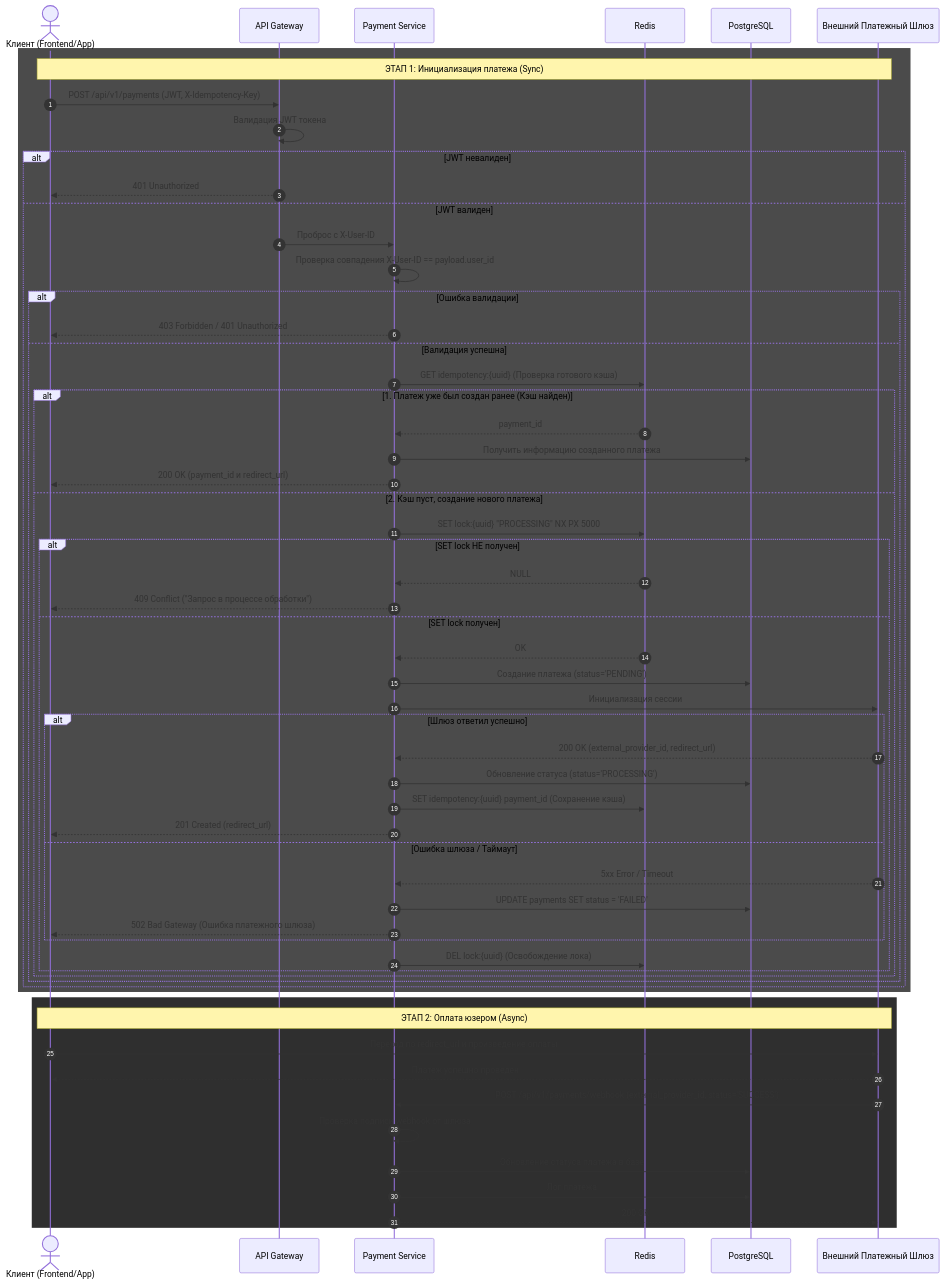
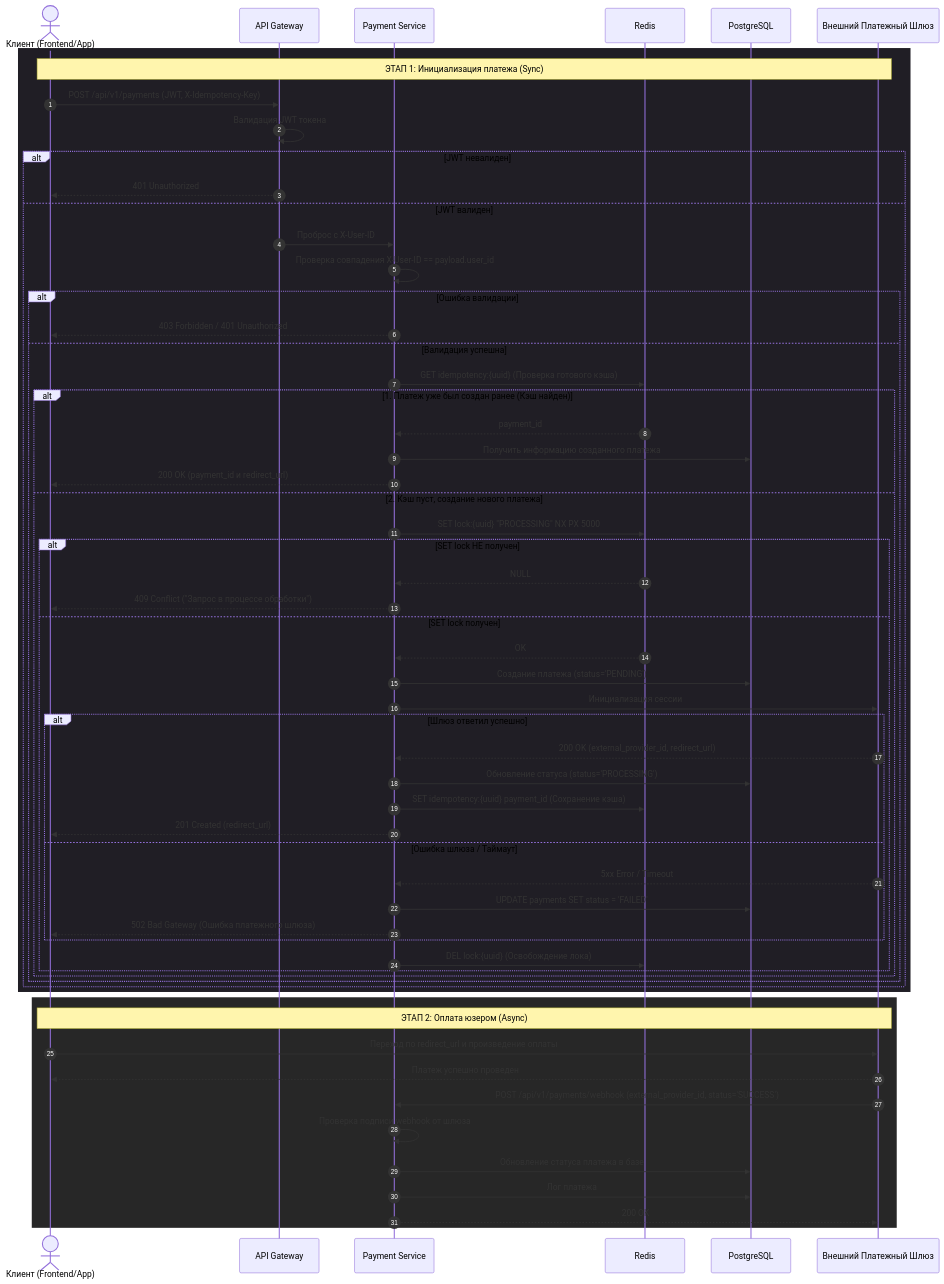
Before and after one commit to TiJon8/system-analysis-case: the diagram in docs/sequence.md, drawn with Mermaid. The commit also changed 1 other file, not shown here.

Commit message:
chore: rebase diagram from main readme

````diff
--- a/docs/sequence.md
+++ b/docs/sequence.md
@@ -1,66 +1,65 @@
 ```mermaid
 sequenceDiagram
 	autonumber
     actor Client as Клиент (Frontend/App)
     participant GW as API Gateway
     participant API as Payment Service
     participant Cache as Redis
     participant DB as PostgreSQL
     participant Gateway as Внешний Платежный Шлюз
 
-    rect rgba(75, 75, 75, 1)
+    rect rgba(32, 30, 37, 1)
     note over Client, Gateway: ЭТАП 1: Инициализация платежа (Sync)
     Client->>GW: POST /api/v1/payments (JWT, X-Idempotency-Key)
 	GW->>GW: Валидация JWT токена
 	alt JWT невалиден
         GW-->>Client: 401 Unauthorized
 	else JWT валиден
     	GW->>API: Проброс с X-User-ID
         API->>API: Проверка совпадения X-User-ID == payload.user_id
 		alt Ошибка валидации
             API-->>Client: 403 Forbidden / 401 Unauthorized
         else Валидация успешна
 
-    %% rect rgba(49, 49, 49, 1)
         API->>Cache: GET idempotency:{uuid} (Проверка готового кэша)
         alt 1. Платеж уже был создан ранее (Кэш найден)
             Cache-->>API: payment_id
             API->>DB: Получить информацию созданного платежа
             API-->>Client: 200 OK (payment_id и redirect_url)
         else 2. Кэш пуст, создание нового платежа
             API->>Cache: SET lock:{uuid} "PROCESSING" NX PX 5000
             alt SET lock НЕ получен
                 Cache-->>API: NULL
                 API-->>Client: 409 Conflict ("Запрос в процессе обработки")
             else SET lock получен
                 Cache-->>API: OK
                 API->>DB: Создание платежа (status='PENDING')
                 API->>Gateway: Инициализация сессии
                 alt Шлюз ответил успешно
                     Gateway-->>API: 200 OK (external_provider_id, redirect_url)
                     API->>DB: Обновление статуса (status='PROCESSING')
                     API->>Cache: SET idempotency:{uuid} payment_id (Сохранение кэша)
                     API-->>Client: 201 Created (redirect_url)
                 else Ошибка шлюза / Таймаут
                     Gateway-->>API: 5xx Error / Timeout
                     API->>DB: UPDATE payments SET status = 'FAILED'
                     API-->>Client: 502 Bad Gateway (Ошибка платежного шлюза)
                 end
                 API->>Cache: DEL lock:{uuid} (Освобождение лока)
             end
 	    end
  	end
     end
     end
 
-    rect rgba(47, 47, 47, 1)
+    rect rgba(39, 39, 39, 1)
     note over Client, Gateway: ЭТАП 2: Оплата юзером (Async)
     Client->>Gateway: Переход по redirect_url и произведение оплаты
     Gateway-->>Client: Платеж успешно проведен
     Gateway->>API: POST /api/v1/payments/webhook (external_provider_id, status='SUCCESS')
     API->>API: Проверка подписи webhook от шлюза
     API->>DB: Обновление статуса платежа в базе
     API->>DB: Лог платежа
     API-->>Gateway: 200 OK
     end
 ```
````
